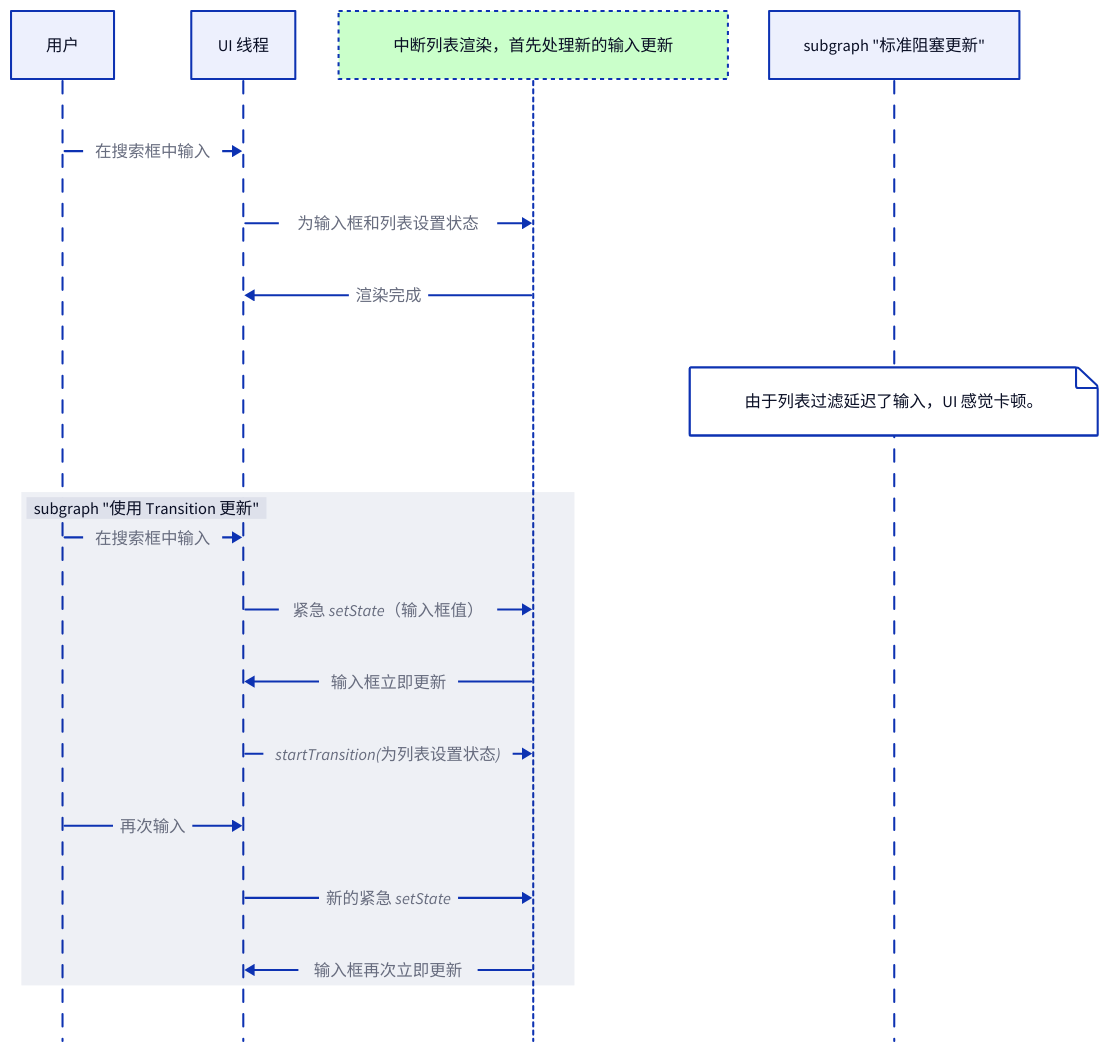
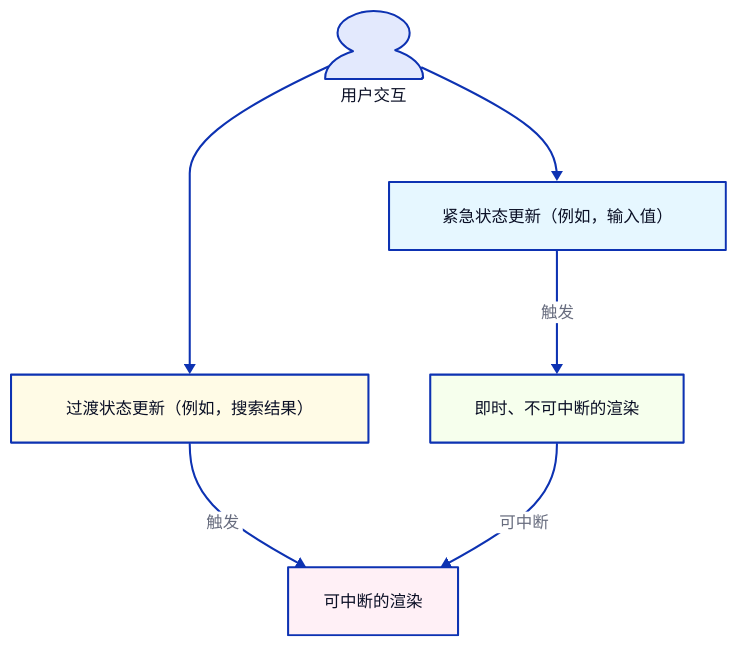
The diagram in packages/react/.aigne/doc-smith/docs/advanced-transitions.zh.md (lban2049/react), drawn with D2 before and after one commit. The commit also changed other lines of this file and 46 other files, not shown here.

````diff
--- a/packages/react/.aigne/doc-smith/docs/advanced-transitions.zh.md
+++ b/packages/react/.aigne/doc-smith/docs/advanced-transitions.zh.md
@@ -22,29 +29,40 @@
 ```d2
-shape: sequence_diagram
+direction: down
 
-User: 用户
-UI: UI 线程
-React: React 渲染器
-
-subgraph "标准阻塞更新" {
-  direction: right
-  User -> UI: "在搜索框中输入"
-  UI -> React: "为输入框和列表设置状态"
-  React: "渲染整个组件（可能很慢）" {style: {fill: "#ffcaca"}}
-  UI <- React: "渲染完成"
-  note right of UI: "由于列表过滤延迟了输入，UI 感觉卡顿。"
+"用户交互": {
+  shape: person
 }
 
-subgraph "使用 Transition 更新" {
-  direction: right
-  User -> UI: "在搜索框中输入"
-  UI -> React: "紧急 setState（输入框值）"
-  UI <- React: "输入框立即更新"
-  UI -> React: "startTransition(为列表设置状态)"
-  React: "开始对列表进行非紧急渲染" {style: {fill: "#caffca"}}
-  User -> UI: "再次输入"
-  UI -> React: "新的紧急 setState"
-  React: "中断列表渲染，首先处理新的输入更新" {style: {stroke-dash: 2}}
-  UI <- React: "输入框再次立即更新"
+"紧急更新": {
+  shape: rectangle
+  label: "紧急状态更新（例如，输入值）"
+  style.fill: "#e6f7ff"
 }
+
+"过渡更新": {
+  shape: rectangle
+  label: "过渡状态更新（例如，搜索结果）"
+  style.fill: "#fffbe6"
+}
+
+"即时渲染": {
+  shape: rectangle
+  label: "即时、不可中断的渲染"
+  style.fill: "#f6ffed"
+}
+
+"可中断渲染": {
+  shape: rectangle
+  label: "可中断的渲染"
+  style.fill: "#fff0f6"
+}
+
+"用户交互" -> "紧急更新"
+"用户交互" -> "过渡更新"
+
+"紧急更新" -> "即时渲染": "触发"
+"过渡更新" -> "可中断渲染": "触发"
+
+"即时渲染" -> "可中断渲染": "可中断"
+
 ```
````
